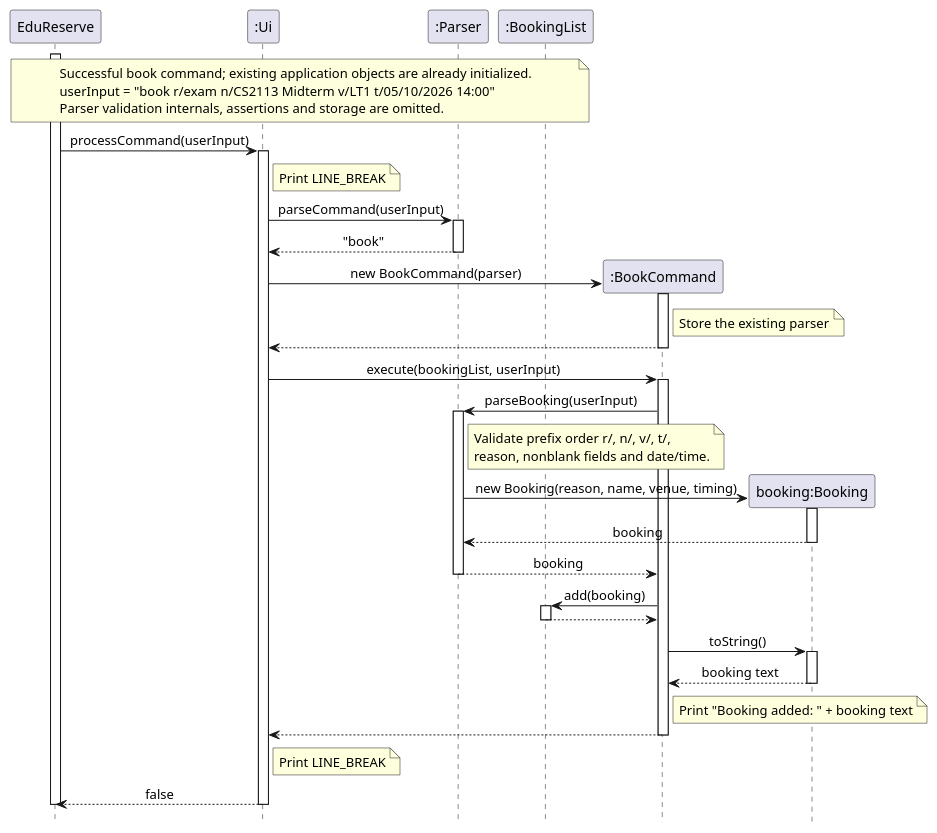
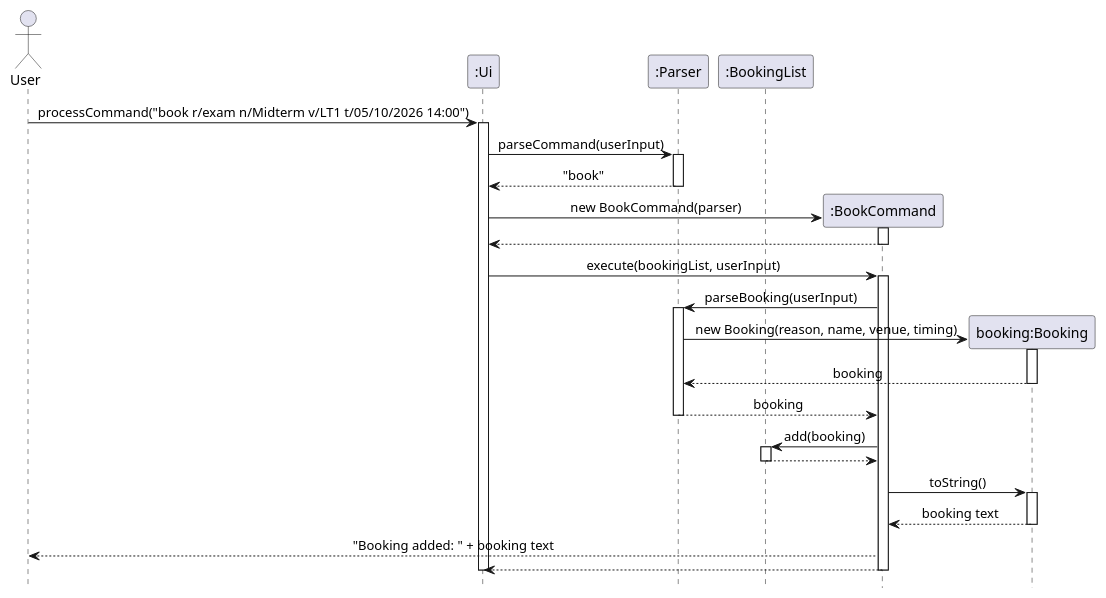
The diagram in docs/UMLDiagrams/BookingSequenceDiagram.puml (AY2627S1-CS2113-W14-2/tp), drawn with PlantUML before and after one commit. The commit also changed 28 other files, not shown here.

Commit message:
Added class diagrams and made sequence diagrams consistent

```diff
--- a/docs/UMLDiagrams/BookingSequenceDiagram.puml
+++ b/docs/UMLDiagrams/BookingSequenceDiagram.puml
@@ -1,67 +1,51 @@
 @startuml
 skinparam sequenceMessageAlign center
 hide footbox
 
-participant "EduReserve" as App
+actor User
 participant ":Ui" as UI
 participant ":Parser" as Parser
 participant ":BookingList" as Bookings
 
-note over App, Bookings
-    Successful book command; existing application objects are already initialized.
-    userInput = "book r/exam n/CS2113 Midterm v/LT1 t/05/10/2026 14:00"
-    Parser validation internals, assertions and storage are omitted.
-end note
-
-activate App
-App -> UI: processCommand(userInput)
+User -> UI: processCommand("book r/exam n/Midterm v/LT1 t/05/10/2026 14:00")
 activate UI
-note right of UI: Print LINE_BREAK
 
 UI -> Parser: parseCommand(userInput)
 activate Parser
 Parser --> UI: "book"
 deactivate Parser
 
 create participant ":BookCommand" as Book
 UI -> Book: new BookCommand(parser)
 activate Book
-note right of Book: Store the existing parser
 Book --> UI
 deactivate Book
 
 UI -> Book: execute(bookingList, userInput)
 activate Book
 Book -> Parser: parseBooking(userInput)
 activate Parser
-note right of Parser
-    Validate prefix order r/, n/, v/, t/,
-    reason, nonblank fields and date/time.
-end note
 
 create participant "booking:Booking" as Booking
 Parser -> Booking: new Booking(reason, name, venue, timing)
 activate Booking
 Booking --> Parser: booking
 deactivate Booking
 Parser --> Book: booking
 deactivate Parser
 
 Book -> Bookings: add(booking)
 activate Bookings
 Bookings --> Book
 deactivate Bookings
 
 Book -> Booking: toString()
 activate Booking
 Booking --> Book: booking text
 deactivate Booking
-note right of Book: Print "Booking added: " + booking text
+Book --> User: "Booking added: " + booking text
 Book --> UI
 deactivate Book
 
-note right of UI: Print LINE_BREAK
-UI --> App: false
 deactivate UI
-deactivate App
 @enduml
```
